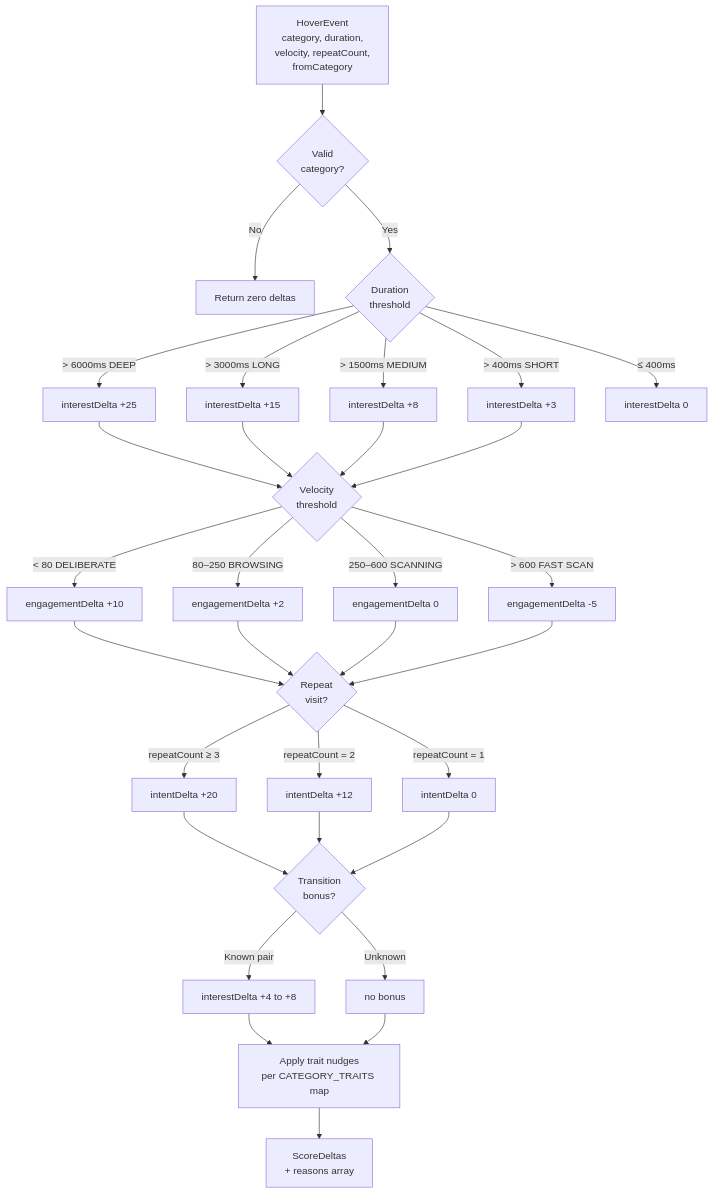
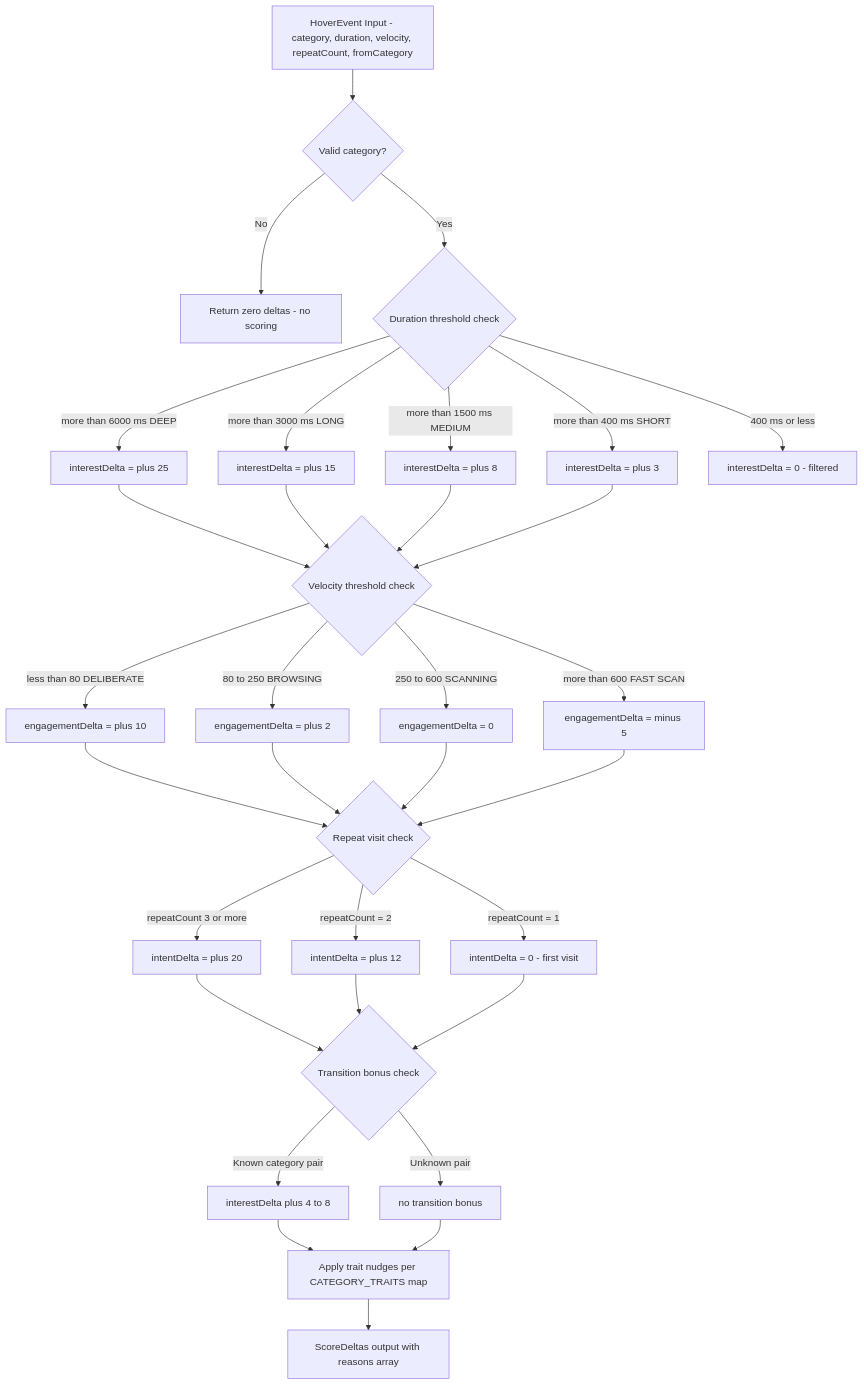
The fourth of 5 diagrams in README.md (hkevin01/HoverSense), drawn with Mermaid before and after one commit. The commit also changed other lines of this file, not shown here.

````diff
--- a/README.md
+++ b/README.md
@@ -266,30 +353,34 @@
 ```mermaid
 flowchart TD
-    HE[HoverEvent\ncategory, duration,\nvelocity, repeatCount,\nfromCategory] --> V{Valid\ncategory?}
-    V -->|No| ERR[Return zero deltas]
-    V -->|Yes| D{Duration\nthreshold}
-
-    D -->|"> 6000ms DEEP"| D4[interestDelta +25]
-    D -->|"> 3000ms LONG"| D3[interestDelta +15]
-    D -->|"> 1500ms MEDIUM"| D2[interestDelta +8]
-    D -->|"> 400ms SHORT"| D1[interestDelta +3]
-    D -->|"≤ 400ms"| D0[interestDelta 0]
-
-    D4 & D3 & D2 & D1 --> VEL{Velocity\nthreshold}
-    VEL -->|"< 80 DELIBERATE"| VA[engagementDelta +10]
-    VEL -->|"80–250 BROWSING"| VB[engagementDelta +2]
-    VEL -->|"250–600 SCANNING"| VC[engagementDelta 0]
-    VEL -->|"> 600 FAST SCAN"| VD[engagementDelta -5]
-
-    VA & VB & VC & VD --> REP{Repeat\nvisit?}
-    REP -->|"repeatCount ≥ 3"| RA[intentDelta +20]
-    REP -->|"repeatCount = 2"| RB[intentDelta +12]
-    REP -->|"repeatCount = 1"| RC[intentDelta 0]
-
-    RA & RB & RC --> TR{Transition\nbonus?}
-    TR -->|Known pair| TB[interestDelta +4 to +8]
-    TR -->|Unknown| TN[no bonus]
-
-    TB & TN --> TRAITS[Apply trait nudges\nper CATEGORY_TRAITS map]
-    TRAITS --> OUT[ScoreDeltas\n+ reasons array]
+    HE[HoverEvent Input - category, duration, velocity, repeatCount, fromCategory] --> V{Valid category?}
+    V -->|No| ERR[Return zero deltas - no scoring]
+    V -->|Yes| D{Duration threshold check}
+    D -->|more than 6000 ms DEEP| D4[interestDelta = plus 25]
+    D -->|more than 3000 ms LONG| D3[interestDelta = plus 15]
+    D -->|more than 1500 ms MEDIUM| D2[interestDelta = plus 8]
+    D -->|more than 400 ms SHORT| D1[interestDelta = plus 3]
+    D -->|400 ms or less| D0[interestDelta = 0 - filtered]
+    D4 --> VEL{Velocity threshold check}
+    D3 --> VEL
+    D2 --> VEL
+    D1 --> VEL
+    VEL -->|less than 80 DELIBERATE| VA[engagementDelta = plus 10]
+    VEL -->|80 to 250 BROWSING| VB[engagementDelta = plus 2]
+    VEL -->|250 to 600 SCANNING| VC[engagementDelta = 0]
+    VEL -->|more than 600 FAST SCAN| VD[engagementDelta = minus 5]
+    VA --> REP{Repeat visit check}
+    VB --> REP
+    VC --> REP
+    VD --> REP
+    REP -->|repeatCount 3 or more| RA[intentDelta = plus 20]
+    REP -->|repeatCount = 2| RB[intentDelta = plus 12]
+    REP -->|repeatCount = 1| RC[intentDelta = 0 - first visit]
+    RA --> TR{Transition bonus check}
+    RB --> TR
+    RC --> TR
+    TR -->|Known category pair| TB[interestDelta plus 4 to 8]
+    TR -->|Unknown pair| TN[no transition bonus]
+    TB --> TRAITS[Apply trait nudges per CATEGORY_TRAITS map]
+    TN --> TRAITS
+    TRAITS --> OUT[ScoreDeltas output with reasons array]
 ```
````
